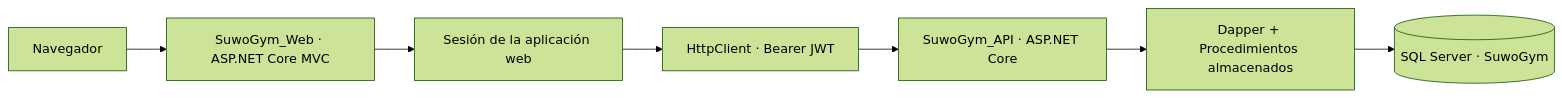
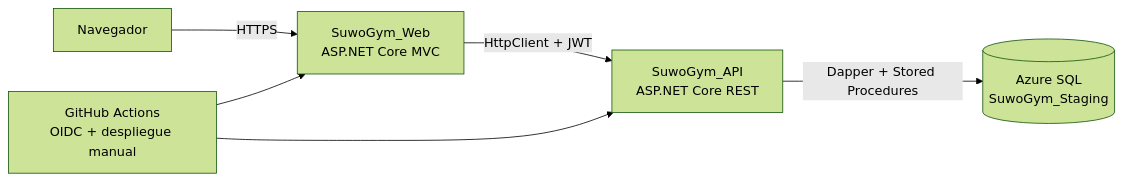
Before and after one commit to HenryGonzalezAlguera/SuwoGym: the diagram in README.md, drawn with Mermaid (forest theme). The commit also changed other lines of this file, not shown here.

Commit message:
docs: README profesional SUWÓ GYM con demo Azure y evidencias de pruebas

````diff
--- a/README.md
+++ b/README.md
@@ -26,9 +42,8 @@
 ```mermaid
 flowchart LR
-    U["Navegador"] --> W["SuwoGym_Web · ASP.NET Core MVC"]
-    W --> S["Sesión de la aplicación web"]
-    S --> H["HttpClient · Bearer JWT"]
-    H --> A["SuwoGym_API · ASP.NET Core"]
-    A --> P["Dapper + Procedimientos almacenados"]
-    P --> D[("SQL Server · SuwoGym")]
+    U["Navegador"] -->|"HTTPS"| W["SuwoGym_Web<br/>ASP.NET Core MVC"]
+    W -->|"HttpClient + JWT"| A["SuwoGym_API<br/>ASP.NET Core REST"]
+    A -->|"Dapper + Stored Procedures"| DB[("Azure SQL<br/>SuwoGym_Staging")]
+    GH["GitHub Actions<br/>OIDC + despliegue manual"] --> W
+    GH --> A
 ```
````
